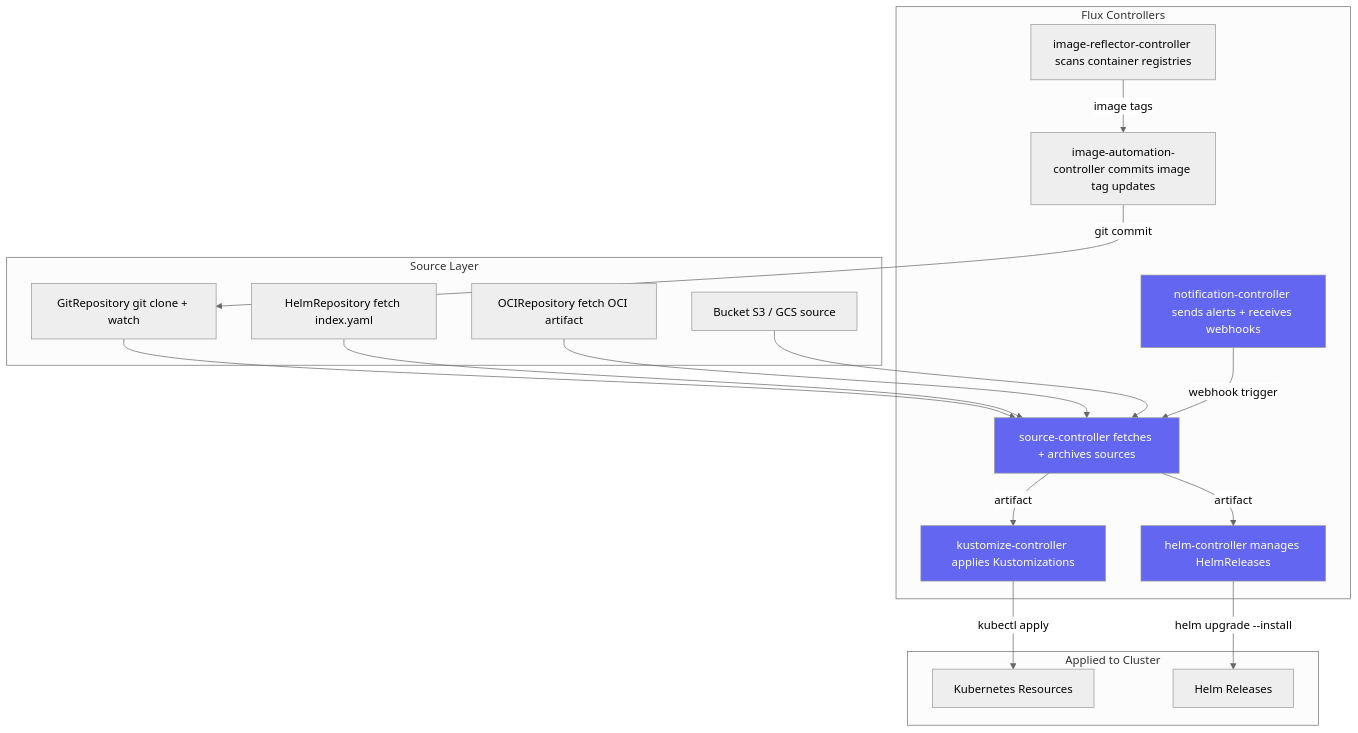
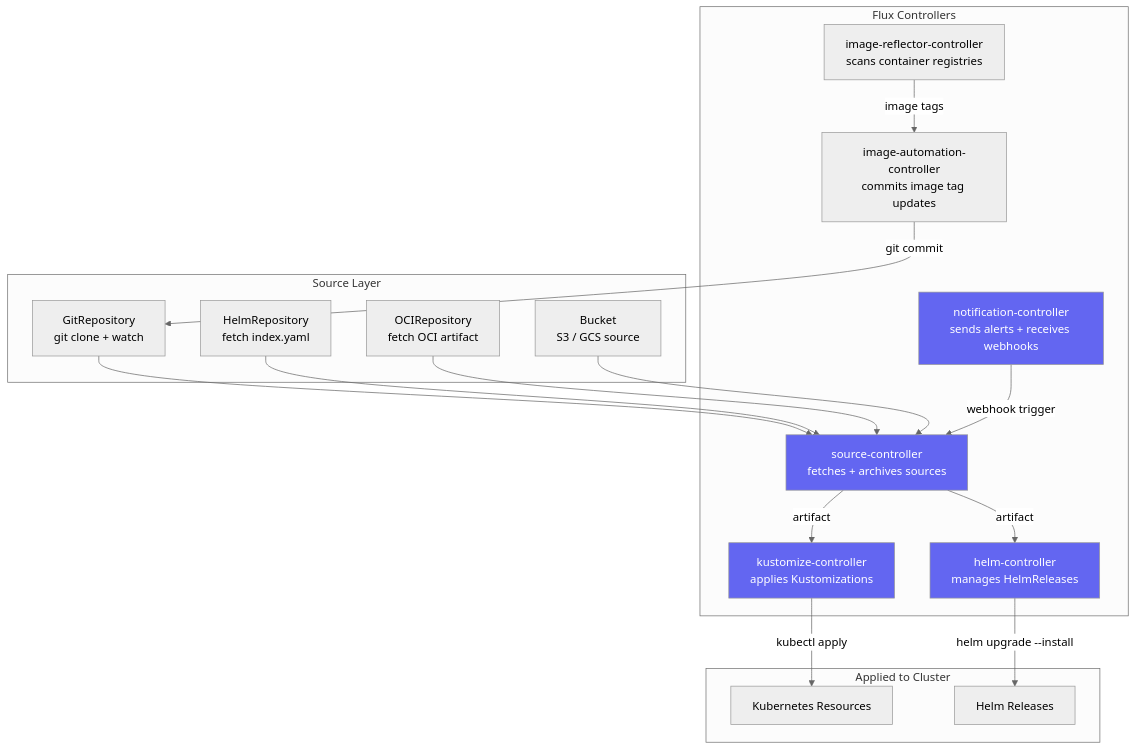
The first of 4 diagrams in 11_gitops/02_flux_install_and_setup.md (UncleJS/course_k3s), drawn with Mermaid (neutral theme) before and after one commit. The commit also changed other lines of this file and 45 other files, not shown here.

First line of the commit message:
Expand all course lessons: Mermaid diagrams + rich prose across 43 files

````diff
--- a/11_gitops/02_flux_install_and_setup.md
+++ b/11_gitops/02_flux_install_and_setup.md
@@ -31,43 +34,43 @@
 ```mermaid
 graph TD
-    subgraph GitSources["Source Layer"]
-        GR[GitRepository git clone + watch]
-        HR_SRC[HelmRepository fetch index.yaml]
-        OCIRepo[OCIRepository fetch OCI artifact]
-        Bucket[Bucket S3 / GCS source]
+    subgraph "Source Layer"
+        GR["GitRepository<br/>git clone + watch"]
+        HR_SRC["HelmRepository<br/>fetch index.yaml"]
+        OCIRepo["OCIRepository<br/>fetch OCI artifact"]
+        Bucket["Bucket<br/>S3 / GCS source"]
     end
 
-    subgraph Controllers["Flux Controllers"]
-        SC[source-controller fetches + archives sources]
-        KC[kustomize-controller applies Kustomizations]
-        HC[helm-controller manages HelmReleases]
-        NC[notification-controller sends alerts + receives webhooks]
-        IC[image-reflector-controller scans container registries]
-        IAC[image-automation-controller commits image tag updates]
+    subgraph "Flux Controllers"
+        SC["source-controller<br/>fetches + archives sources"]
+        KC["kustomize-controller<br/>applies Kustomizations"]
+        HC["helm-controller<br/>manages HelmReleases"]
+        NC["notification-controller<br/>sends alerts + receives webhooks"]
+        IC["image-reflector-controller<br/>scans container registries"]
+        IAC["image-automation-controller<br/>commits image tag updates"]
     end
 
-    subgraph Outputs["Applied to Cluster"]
-        K8S[Kubernetes Resources]
-        HR_REL[Helm Releases]
+    subgraph "Applied to Cluster"
+        K8S["Kubernetes Resources"]
+        HR_REL["Helm Releases"]
     end
 
     GR --> SC
     HR_SRC --> SC
     OCIRepo --> SC
     Bucket --> SC
 
     SC -->|artifact| KC
     SC -->|artifact| HC
 
-    KC -->|kubectl apply| K8S
-    HC -->|helm upgrade --install| HR_REL
+    KC -->|"kubectl apply"| K8S
+    HC -->|"helm upgrade --install"| HR_REL
 
-    NC -->|webhook trigger| SC
-    IC -->|image tags| IAC
-    IAC -->|git commit| GR
+    NC -->|"webhook trigger"| SC
+    IC -->|"image tags"| IAC
+    IAC -->|"git commit"| GR
 
     style SC fill:#6366f1,color:#fff
     style KC fill:#6366f1,color:#fff
     style HC fill:#6366f1,color:#fff
     style NC fill:#6366f1,color:#fff
 ```
````
